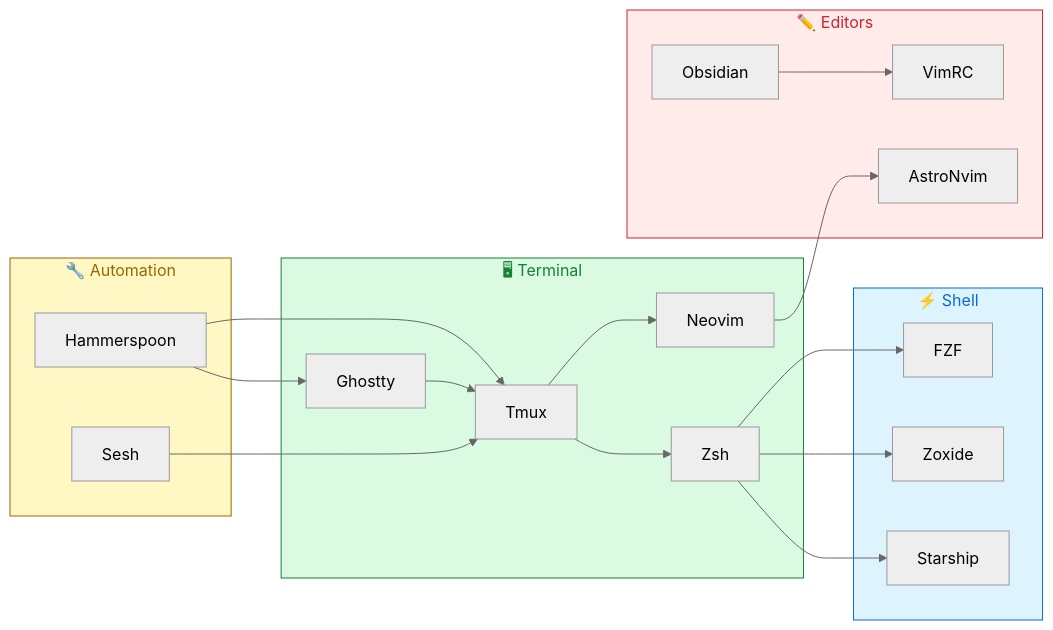
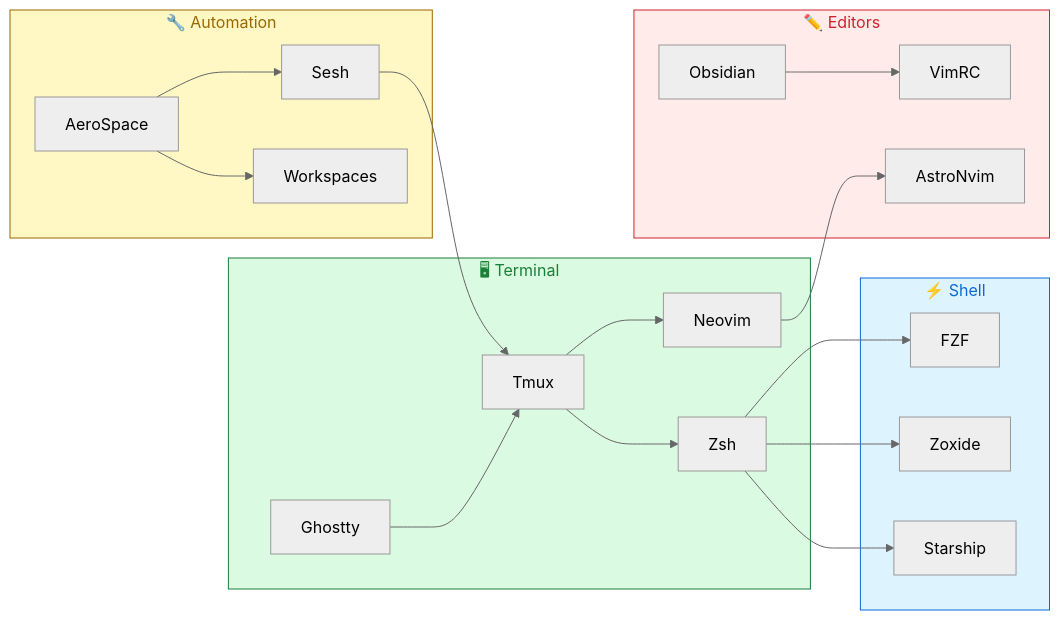
Before and after one commit to snesjhon/dotfiles: the diagram in README.md, drawn with Mermaid (neutral theme). The commit also changed other lines of this file and 8 other files, not shown here.

````diff
--- a/README.md
+++ b/README.md
@@ -43,30 +43,30 @@
 ```mermaid
 graph LR
     subgraph Terminal["🖥 Terminal"]
         Ghostty --> Tmux
         Tmux --> Zsh
         Tmux --> Neovim
     end
 
     subgraph Shell["⚡ Shell"]
         Zsh --> Starship
         Zsh --> Zoxide
         Zsh --> FZF
     end
 
     subgraph Automation["🔧 Automation"]
-        Hammerspoon --> Ghostty
-        Hammerspoon --> Tmux
+        AeroSpace --> Workspaces
+        AeroSpace --> Sesh
         Sesh --> Tmux
     end
 
     subgraph Editors["✏️ Editors"]
         Neovim --> AstroNvim
         Obsidian --> VimRC
     end
 
     style Terminal fill:#dafbe1,stroke:#1a7f37,color:#1a7f37
     style Shell fill:#ddf4ff,stroke:#0969da,color:#0969da
     style Automation fill:#fff8c5,stroke:#9a6700,color:#9a6700
     style Editors fill:#ffebe9,stroke:#cf222e,color:#cf222e
 ```
````
